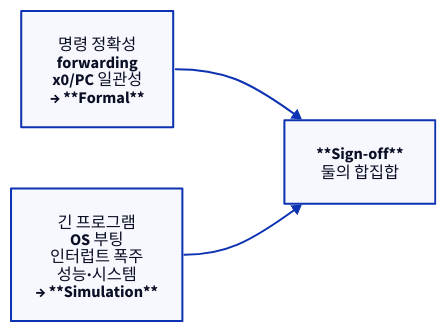
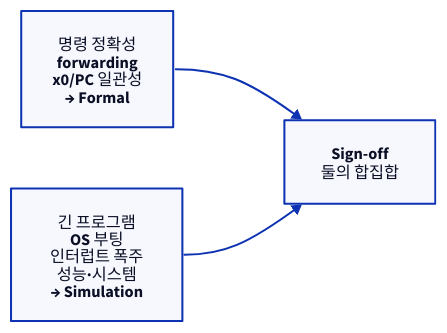
One commit to humbleowl39/DV_SKOOL changed the fourth of 4 diagrams in starlight_site/src/content/docs/cpu_dv/06_riscv_formal.md. Above: the diagram before and after it, drawn with D2. The commit also changed other lines of this file and 714 other files, not shown here.

First line of the commit message:
fix(site): d2 다이어그램 가독성 결함 6종 일괄 수정

````diff
--- a/starlight_site/src/content/docs/cpu_dv/06_riscv_formal.md
+++ b/starlight_site/src/content/docs/cpu_dv/06_riscv_formal.md
@@ -280,9 +280,9 @@
 ```d2
 direction: right
 
-PROP: "명령 정확성\nforwarding\nx0/PC 일관성\n→ **Formal**" 
-SIM: "긴 프로그램\nOS 부팅\n인터럽트 폭주\n성능·시스템\n→ **Simulation**"
-SIGN: "**Sign-off**\n둘의 합집합"
+PROP: "명령 정확성\nforwarding\nx0/PC 일관성\n→ Formal" 
+SIM: "긴 프로그램\nOS 부팅\n인터럽트 폭주\n성능·시스템\n→ Simulation"
+SIGN: "Sign-off\n둘의 합집합"
 PROP -> SIGN
 SIM -> SIGN
 ```
````
